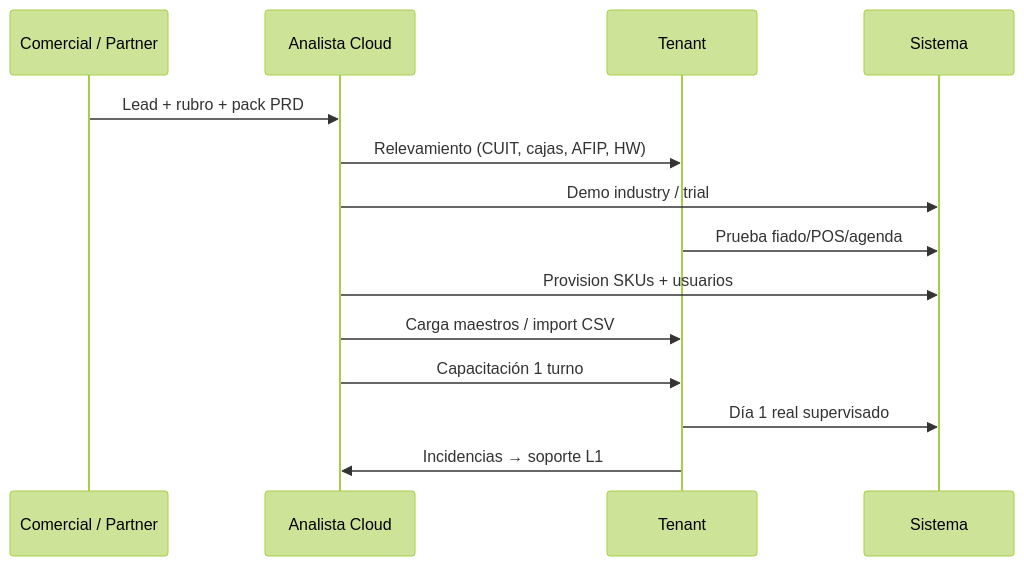
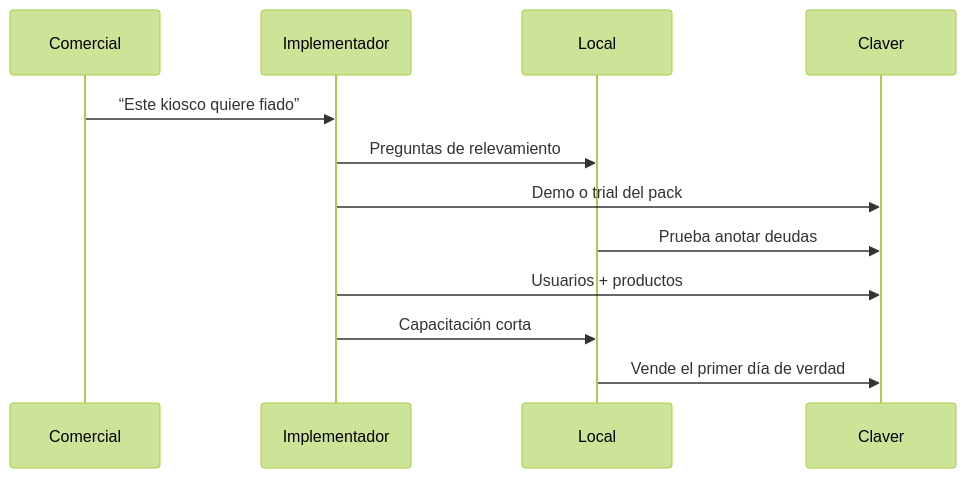
The second of 3 diagrams in content/docs/room/flujo-go-live-cloud.mdx (pablocla/erpia), drawn with Mermaid (forest theme) before and after one commit. The commit also changed other lines of this file and 12 other files, not shown here.

````diff
--- a/content/docs/room/flujo-go-live-cloud.mdx
+++ b/content/docs/room/flujo-go-live-cloud.mdx
@@ -29,17 +44,15 @@
 ```mermaid
 sequenceDiagram
-  participant C as Comercial / Partner
-  participant A as Analista Cloud
-  participant T as Tenant
-  participant S as Sistema
+  participant C as Comercial
+  participant A as Implementador
+  participant L as Local
+  participant S as Claver
 
-  C->>A: Lead + rubro + pack PRD
-  A->>T: Relevamiento (CUIT, cajas, AFIP, HW)
-  A->>S: Demo industry / trial
-  T->>S: Prueba fiado/POS/agenda
-  A->>S: Provision SKUs + usuarios
-  A->>T: Carga maestros / import CSV
-  A->>T: Capacitación 1 turno
-  T->>S: Día 1 real supervisado
-  T->>A: Incidencias → soporte L1
+  C->>A: “Este kiosco quiere fiado”
+  A->>L: Preguntas de relevamiento
+  A->>S: Demo o trial del pack
+  L->>S: Prueba anotar deudas
+  A->>S: Usuarios + productos
+  A->>L: Capacitación corta
+  L->>S: Vende el primer día de verdad
 ```
````
